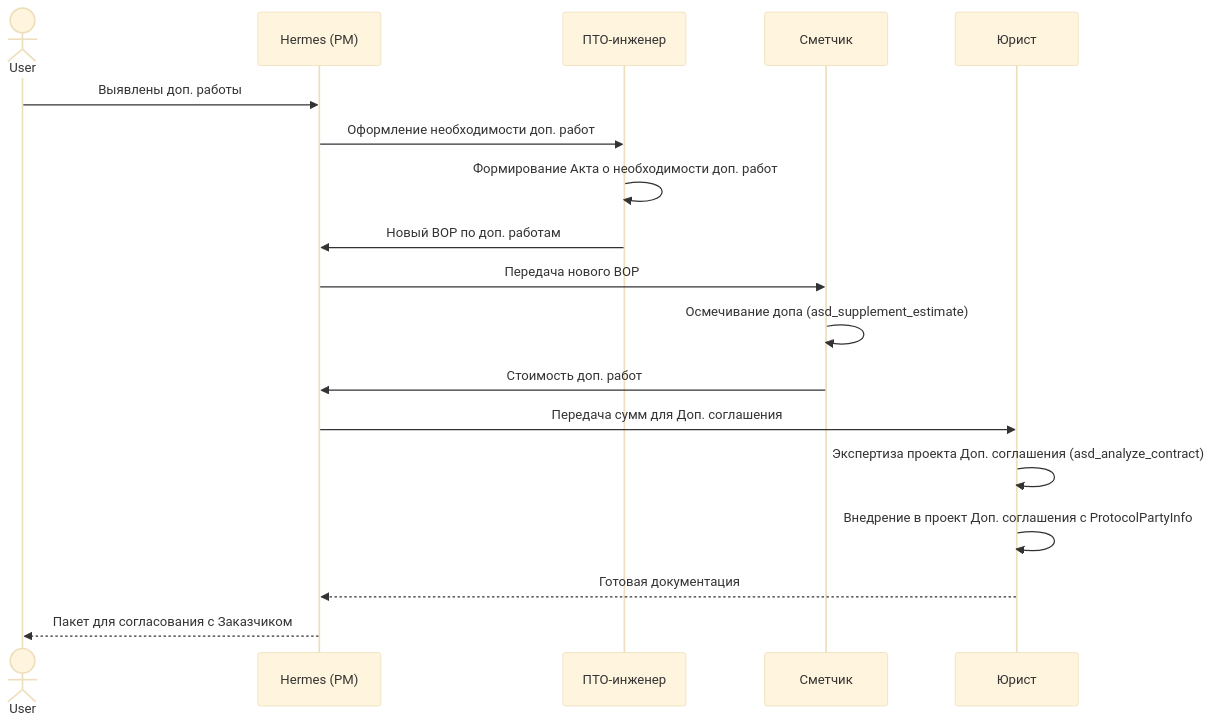
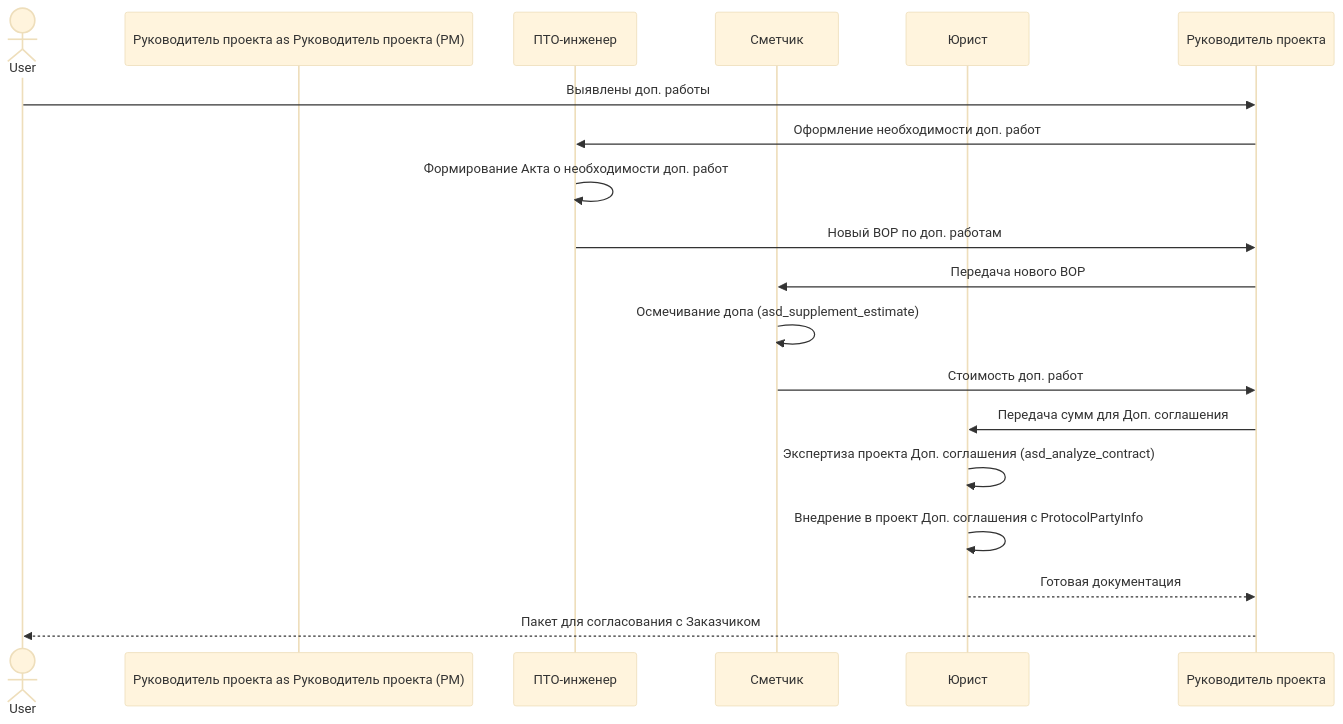
The fifth of 6 diagrams in docs/BUILDING_LIFECYCLE_WORKFLOW.md (yamazaki1711/mac_asd), drawn with Mermaid (base theme) before and after one commit. The commit also changed other lines of this file and 56 other files, not shown here.

````diff
--- a/docs/BUILDING_LIFECYCLE_WORKFLOW.md
+++ b/docs/BUILDING_LIFECYCLE_WORKFLOW.md
@@ -161,21 +161,21 @@
 ```mermaid
 sequenceDiagram
     actor User
-    participant Hermes as Hermes (PM)
+    participant Руководитель проекта as Руководитель проекта (PM)
     participant PTO as ПТО-инженер
     participant Smeta as Сметчик
     participant Jurist as Юрист
 
-    User->>Hermes: Выявлены доп. работы
-    Hermes->>PTO: Оформление необходимости доп. работ
+    User->>Руководитель проекта: Выявлены доп. работы
+    Руководитель проекта->>PTO: Оформление необходимости доп. работ
     PTO->>PTO: Формирование Акта о необходимости доп. работ
-    PTO->>Hermes: Новый ВОР по доп. работам
-    Hermes->>Smeta: Передача нового ВОР
+    PTO->>Руководитель проекта: Новый ВОР по доп. работам
+    Руководитель проекта->>Smeta: Передача нового ВОР
     Smeta->>Smeta: Осмечивание допа (asd_supplement_estimate)
-    Smeta->>Hermes: Стоимость доп. работ
-    Hermes->>Jurist: Передача сумм для Доп. соглашения
+    Smeta->>Руководитель проекта: Стоимость доп. работ
+    Руководитель проекта->>Jurist: Передача сумм для Доп. соглашения
     Jurist->>Jurist: Экспертиза проекта Доп. соглашения (asd_analyze_contract)
     Jurist->>Jurist: Внедрение в проект Доп. соглашения с ProtocolPartyInfo
-    Jurist-->>Hermes: Готовая документация
-    Hermes-->>User: Пакет для согласования с Заказчиком
+    Jurist-->>Руководитель проекта: Готовая документация
+    Руководитель проекта-->>User: Пакет для согласования с Заказчиком
 ```
````
